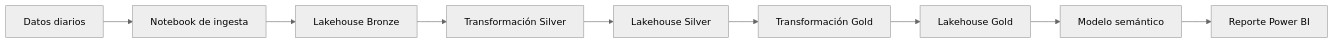
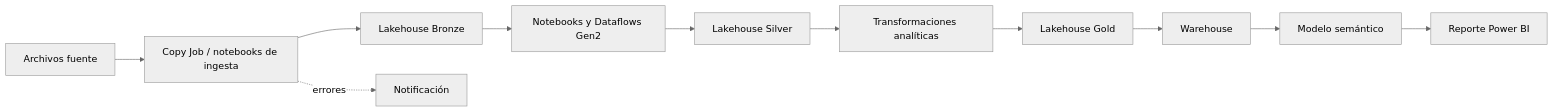
Before and after one commit to oscargbocanegra/Fabric_MIcrosoft_Projects_Training: the diagram in README.md, drawn with Mermaid (neutral theme). The commit also changed other lines of this file, not shown here.

````diff
--- a/README.md
+++ b/README.md
@@ -59,11 +15,13 @@
 ```mermaid
 flowchart LR
-    A[Datos diarios] --> B[Notebook de ingesta]
+    A[Archivos fuente] --> B[Copy Job / notebooks de ingesta]
     B --> C[Lakehouse Bronze]
-    C --> D[Transformación Silver]
+    C --> D[Notebooks y Dataflows Gen2]
     D --> E[Lakehouse Silver]
-    E --> F[Transformación Gold]
+    E --> F[Transformaciones analíticas]
     F --> G[Lakehouse Gold]
-    G --> H[Modelo semántico]
-    H --> I[Reporte Power BI]
+    G --> H[Warehouse]
+    H --> I[Modelo semántico]
+    I --> J[Reporte Power BI]
+    B -.errores.-> K[Notificación]
 ```
````
